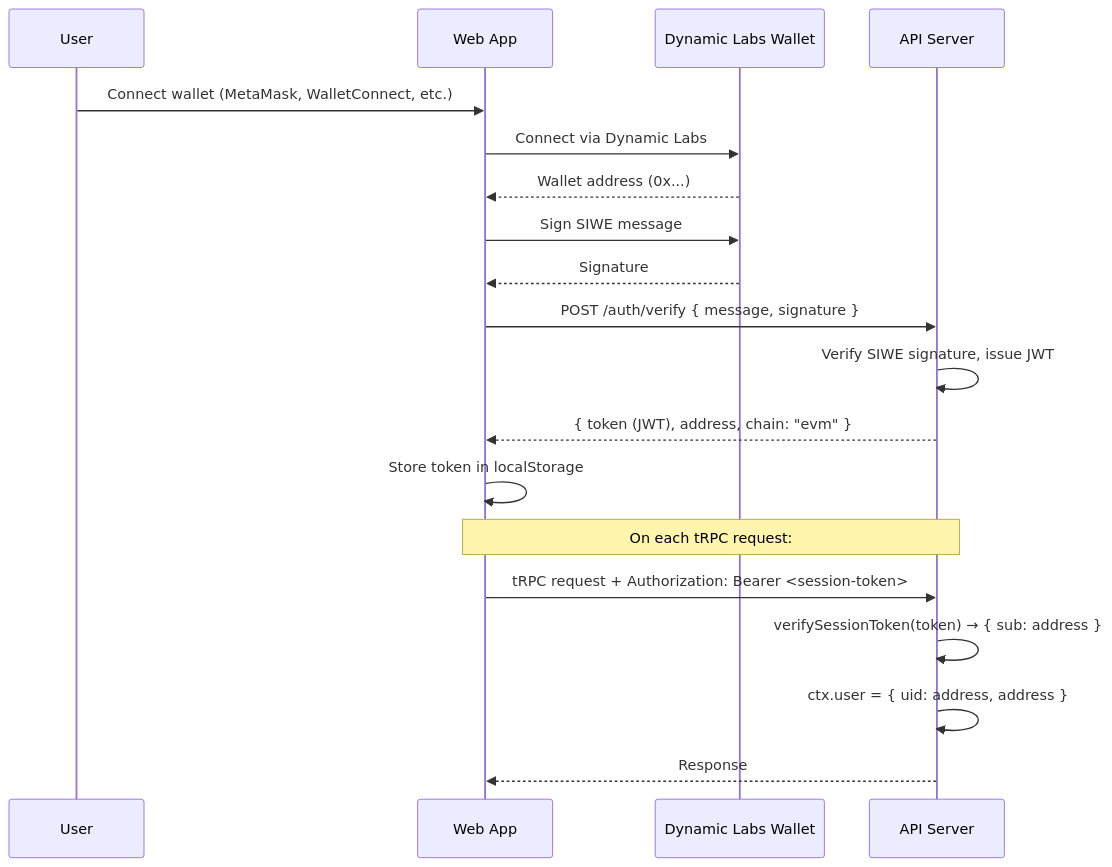
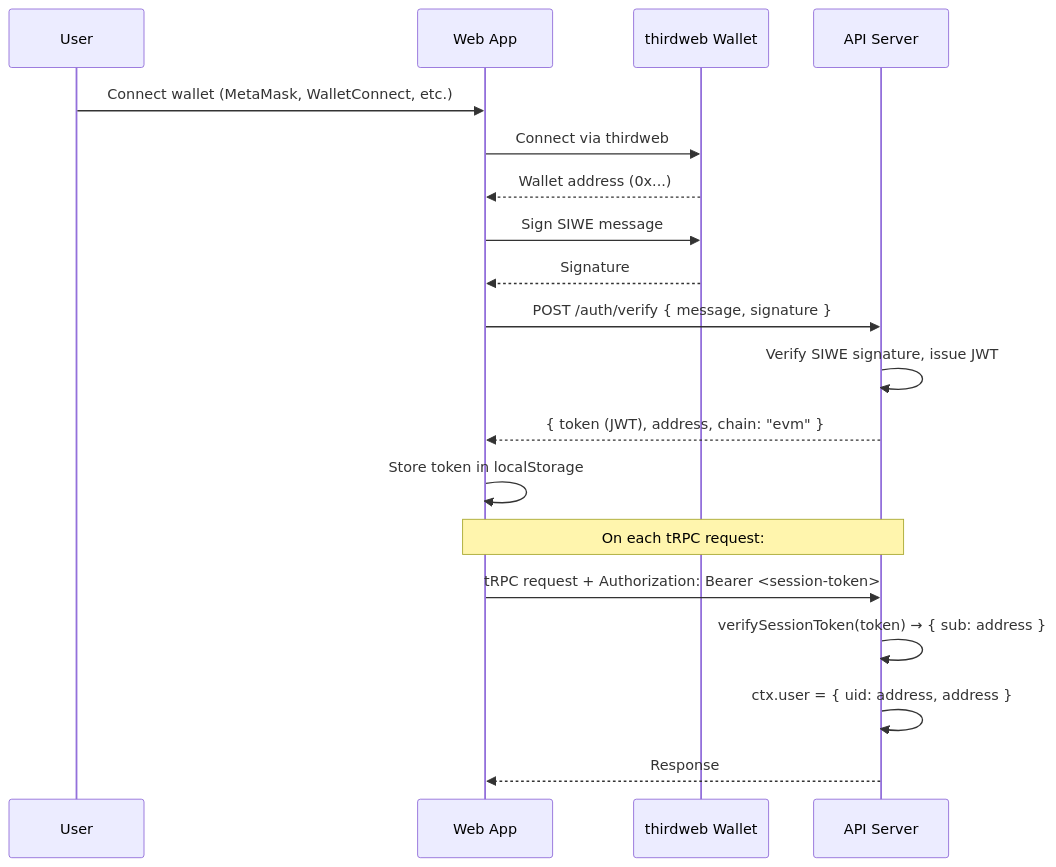
Before and after one commit to EcosystemNetwork/loar: the second of 2 diagrams in docs/architecture.md, drawn with Mermaid. The commit also changed other lines of this file and 11 other files, not shown here.

Commit message:
refactor: migrate wallet authentication provider from Dynamic Labs to thirdweb

````diff
--- a/docs/architecture.md
+++ b/docs/architecture.md
@@ -60,24 +60,24 @@
 ```mermaid
 sequenceDiagram
     participant User
     participant Web as Web App
-    participant Wallet as Dynamic Labs Wallet
+    participant Wallet as thirdweb Wallet
     participant Server as API Server
 
     User->>Web: Connect wallet (MetaMask, WalletConnect, etc.)
-    Web->>Wallet: Connect via Dynamic Labs
+    Web->>Wallet: Connect via thirdweb
     Wallet-->>Web: Wallet address (0x...)
     Web->>Wallet: Sign SIWE message
     Wallet-->>Web: Signature
 
     Web->>Server: POST /auth/verify { message, signature }
     Server->>Server: Verify SIWE signature, issue JWT
     Server-->>Web: { token (JWT), address, chain: "evm" }
     Web->>Web: Store token in localStorage
 
     Note over Web,Server: On each tRPC request:
     Web->>Server: tRPC request + Authorization: Bearer <session-token>
     Server->>Server: verifySessionToken(token) → { sub: address }
     Server->>Server: ctx.user = { uid: address, address }
     Server-->>Web: Response
 ```
````
